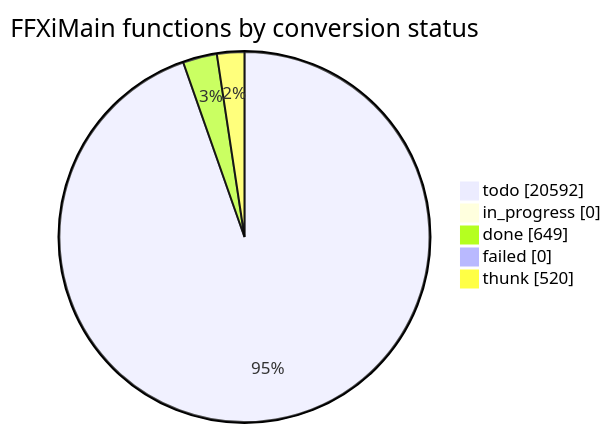
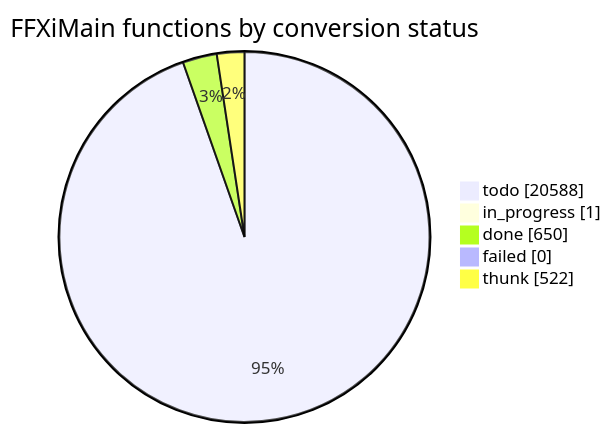
Before and after one commit to cowrevenge/cow_kuluu_xi_anything: the diagram in docs/cow/STATUS.md, drawn with Mermaid. The commit also changed other lines of this file and 9 other files, not shown here.

````diff
--- a/docs/cow/STATUS.md
+++ b/docs/cow/STATUS.md
@@ -18,9 +18,9 @@
 ```mermaid
 pie showData
     title FFXiMain functions by conversion status
-    "todo" : 20592
-    "in_progress" : 0
-    "done" : 649
+    "todo" : 20588
+    "in_progress" : 1
+    "done" : 650
     "failed" : 0
-    "thunk" : 520
+    "thunk" : 522
 ```
````
